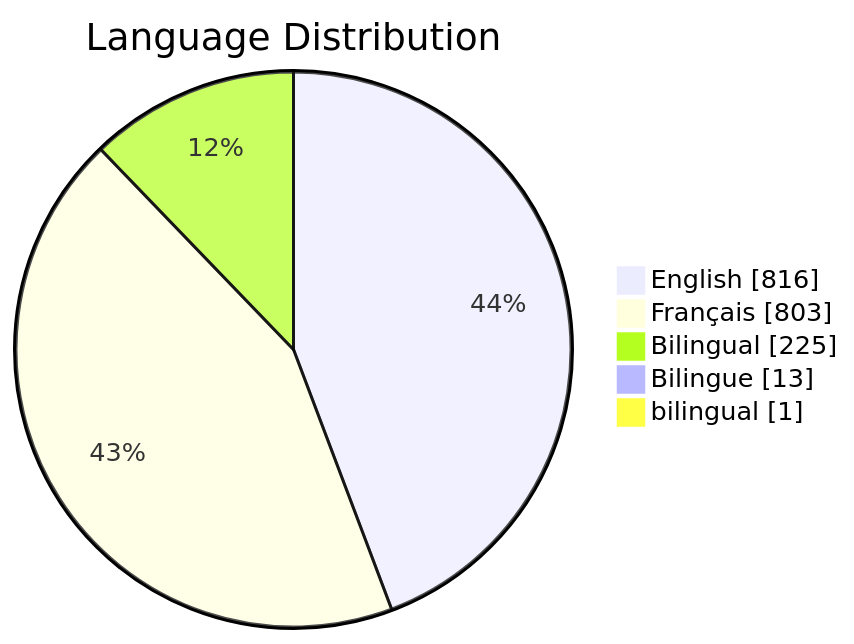
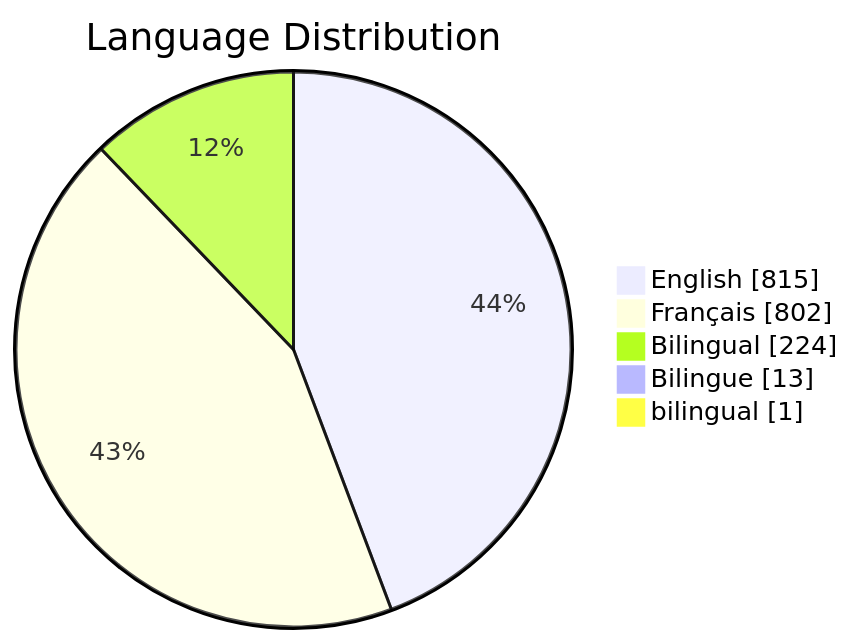
The third of 6 diagrams in README.md (PatLittle/GC-Socials), drawn with Mermaid before and after one commit. The commit also changed other lines of this file, not shown here.

Commit message:
Update README with Platform Distribution pie chart

````diff
--- a/README.md
+++ b/README.md
@@ -78,8 +78,8 @@
 ```mermaid
 pie showData title Language Distribution
-    "English": 816
-    "Français": 803
-    "Bilingual": 225
+    "English": 815
+    "Français": 802
+    "Bilingual": 224
     "Bilingue": 13
     "bilingual": 1
 ```
````
